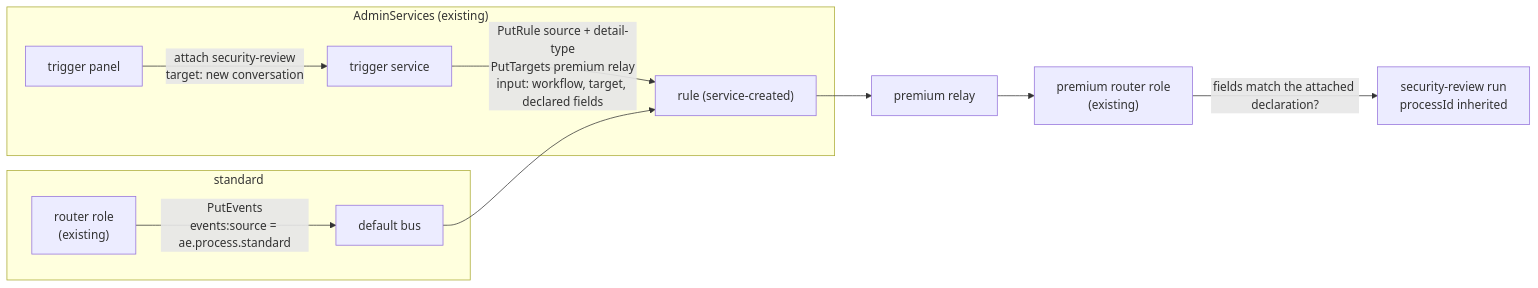
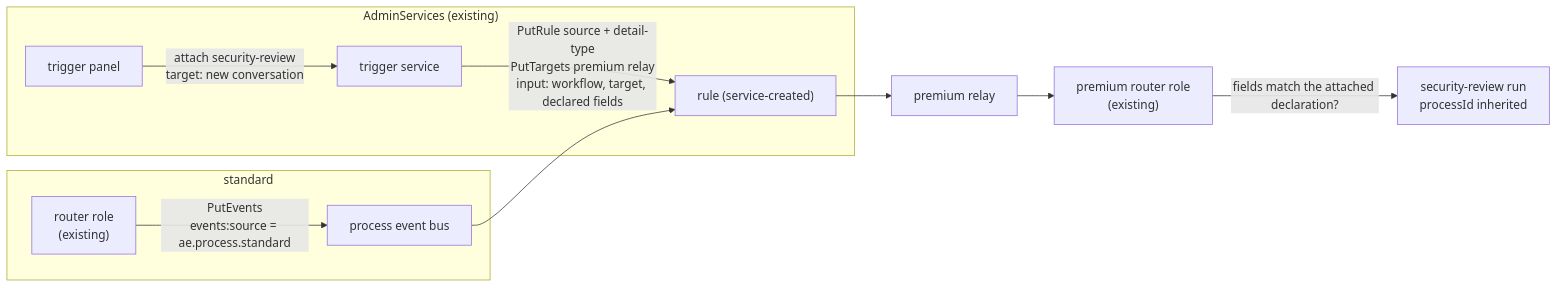
Before and after one commit to RyanSMcHarg/AgentEchelon: the third of 8 diagrams in docs/specs/interaction/conversation/DESIGN-PROCESSES.md, drawn with Mermaid. The commit also changed other lines of this file and 355 other files, not shown here.

````diff
--- a/docs/specs/interaction/conversation/DESIGN-PROCESSES.md
+++ b/docs/specs/interaction/conversation/DESIGN-PROCESSES.md
@@ -119,12 +119,12 @@
 ```mermaid
 flowchart LR
   subgraph S["standard"]
-    SR["router role<br/>(existing)"] -->|"PutEvents<br/>events:source = ae.process.standard"| BUS["default bus"]
+    SR["router role<br/>(existing)"] -->|"PutEvents<br/>events:source = ae.process.standard"| BUS["process event bus"]
   end
   subgraph A["AdminServices (existing)"]
     P["trigger panel"] -->|"attach security-review<br/>target: new conversation"| TS["trigger service"]
     TS -->|"PutRule source + detail-type<br/>PutTargets premium relay<br/>input: workflow, target, declared fields"| RULE["rule (service-created)"]
   end
   BUS --> RULE --> RL["premium relay"] --> PR["premium router role<br/>(existing)"]
   PR -->|"fields match the attached declaration?"| RUN["security-review run<br/>processId inherited"]
 ```
````
